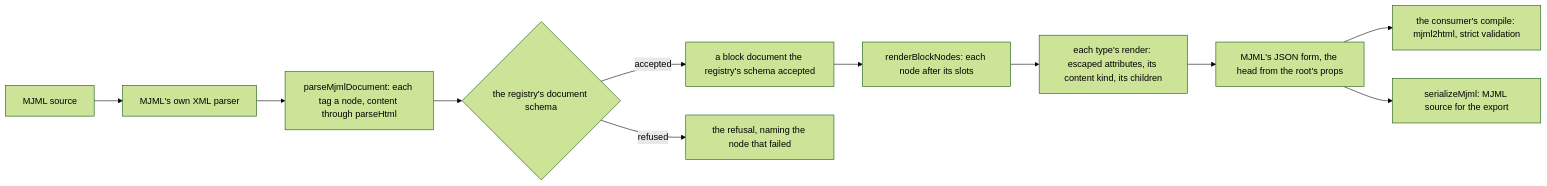
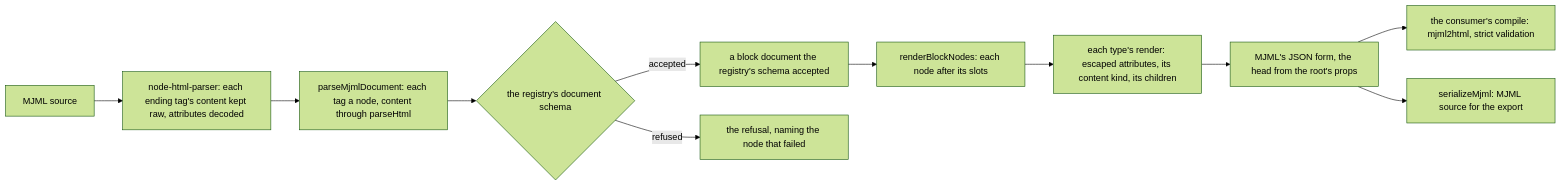
Before and after one commit to Esposter/Esposter: the diagram in openspec/changes/resource-page-builder-mjml-blocks/design.md, drawn with Mermaid (forest theme). The commit also changed other lines of this file and 1 other file, not shown here.

First line of the commit message:
docs(resource-page-builder-mjml-blocks): the read back uses node-html-parser, and each type renders itself

````diff
--- a/openspec/changes/resource-page-builder-mjml-blocks/design.md
+++ b/openspec/changes/resource-page-builder-mjml-blocks/design.md
@@ -66,13 +68,13 @@
 ```mermaid
 flowchart LR
   DOC["a block document the registry's schema accepted"] --> FOLD["renderBlockNodes: each node after its slots"]
   FOLD --> NODE["each type's render: escaped attributes, its content kind, its children"]
   NODE --> JSON["MJML's JSON form, the head from the root's props"]
   JSON --> COMPILE["the consumer's compile: mjml2html, strict validation"]
   JSON --> TEXT["serializeMjml: MJML source for the export"]
-  SOURCE["MJML source"] --> PARSE["MJML's own XML parser"]
+  SOURCE["MJML source"] --> PARSE["node-html-parser: each ending tag's content kept raw, attributes decoded"]
   PARSE --> READ["parseMjmlDocument: each tag a node, content through parseHtml"]
   READ --> SCHEMA{"the registry's document schema"}
   SCHEMA -->|accepted| DOC
   SCHEMA -->|refused| ERR["the refusal, naming the node that failed"]
 ```
````
